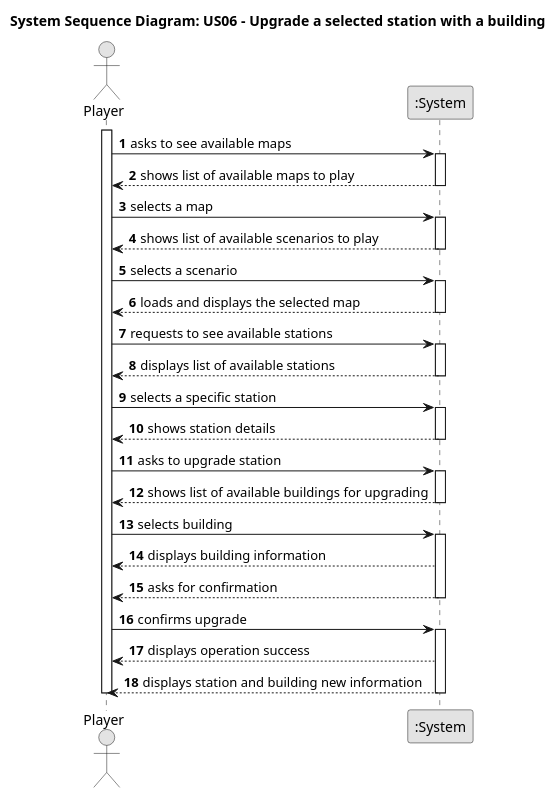
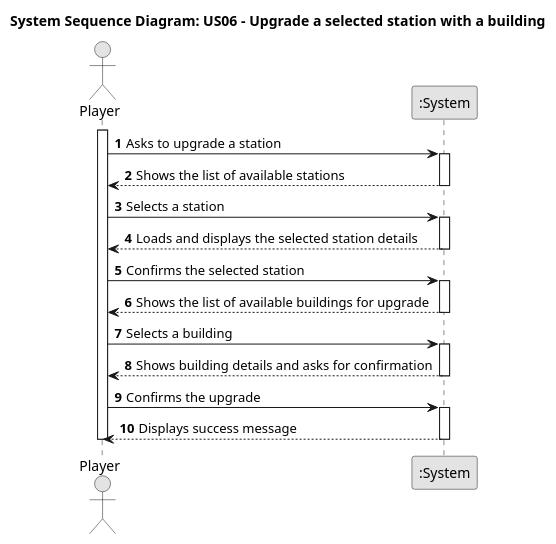
The diagram in docs/system-documentation/Sprint 3/US06/01.requirements-engineering/puml/US006-SSD.puml (HenriqueSilva18/Railway-Network-Simulator), drawn with PlantUML before and after one commit. The commit also changed 37 other files, not shown here.

```diff
--- a/docs/system-documentation/Sprint 3/US06/01.requirements-engineering/puml/US006-SSD.puml
+++ b/docs/system-documentation/Sprint 3/US06/01.requirements-engineering/puml/US006-SSD.puml
@@ -1,55 +1,40 @@
 @startuml
 skinparam monochrome true
 skinparam packageStyle rectangle
 skinparam shadowing false
 
 autonumber
 
 title System Sequence Diagram: US06 - Upgrade a selected station with a building
 
 actor "Player" as player
 participant ":System" as system
 
 activate player
-player -> system: asks to see available maps
+player -> system : Asks to upgrade a station
 activate system
-system --> player: shows list of available maps to play
-deactivate system
-player -> system: selects a map
-activate system
-system --> player: shows list of available scenarios to play
-deactivate system
-player -> system : selects a scenario
-activate system
-
-system --> player: loads and displays the selected map
+system --> player : Shows the list of available stations
 deactivate system
 
-player -> system: requests to see available stations
+player -> system : Selects a station
 activate system
-system --> player: displays list of available stations
+system --> player : Loads and displays the selected station details
 deactivate system
 
-player -> system: selects a specific station
+player -> system : Confirms the selected station
 activate system
-system --> player: shows station details
-deactivate system
-player -> system: asks to upgrade station
-activate system
-system --> player: shows list of available buildings for upgrading
+system --> player : Shows the list of available buildings for upgrade
 deactivate system
 
-player -> system: selects building
+player -> system : Selects a building
 activate system
-system --> player: displays building information
-system --> player: asks for confirmation
+system --> player : Shows building details and asks for confirmation
 deactivate system
 
-player -> system: confirms upgrade
+player -> system : Confirms the upgrade
 activate system
-system --> player: displays operation success
-system --> player: displays station and building new information
+system --> player : Displays success message
 deactivate system
 
 deactivate player
 @enduml
```
